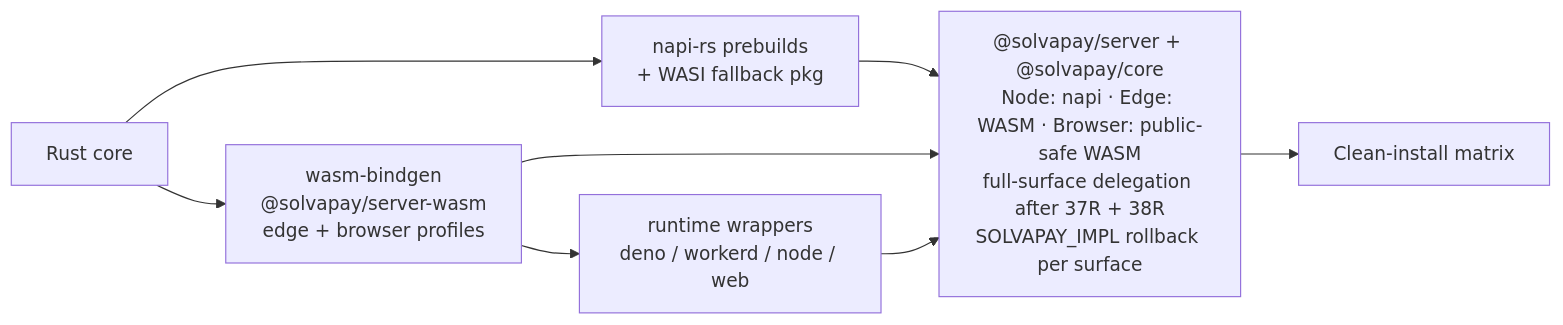
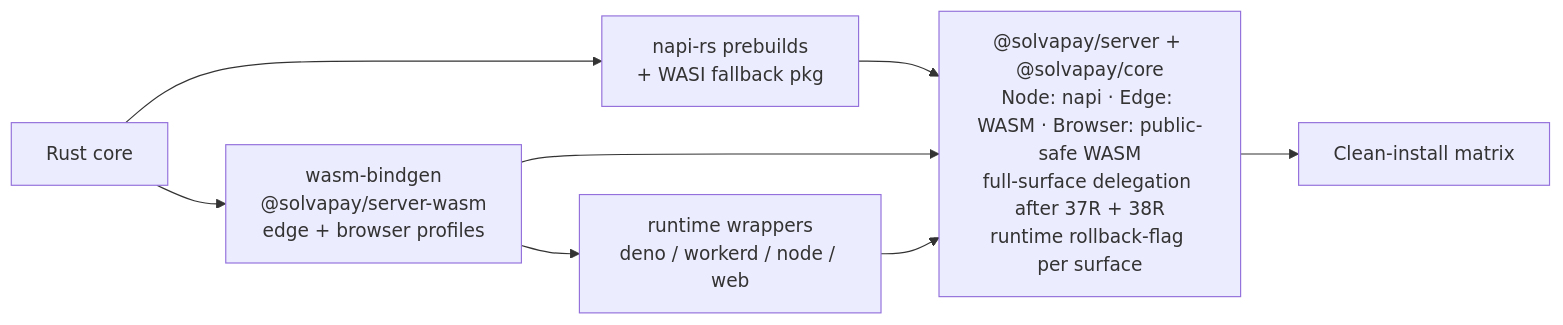
The tenth of 19 diagrams in docs/contributing/rust-core-sdk-redesign-v2.md (solvapay/solvapay-sdk), drawn with Mermaid before and after one commit. The commit also changed other lines of this file and 447 other files, not shown here.

````diff
--- a/docs/contributing/rust-core-sdk-redesign-v2.md
+++ b/docs/contributing/rust-core-sdk-redesign-v2.md
@@ -1253,10 +1255,10 @@
 ```mermaid
 flowchart LR
   CORE6["Rust core"] --> NAPI6["napi-rs prebuilds<br/>+ WASI fallback pkg"]
   CORE6 --> WASM6["wasm-bindgen<br/>@solvapay/server-wasm<br/>edge + browser profiles"]
-  NAPI6 --> EXP["@solvapay/server + @solvapay/core<br/>Node: napi · Edge: WASM · Browser: public-safe WASM<br/>full-surface delegation after 37R + 38R<br/>SOLVAPAY_IMPL rollback per surface"]
+  NAPI6 --> EXP["@solvapay/server + @solvapay/core<br/>Node: napi · Edge: WASM · Browser: public-safe WASM<br/>full-surface delegation after 37R + 38R<br/>runtime rollback-flag per surface"]
   WASM6 --> EXP
   WASM6 --> WRAP["runtime wrappers<br/>deno / workerd / node / web"]
   WRAP --> EXP
   EXP --> SMOKE["Clean-install matrix"]
 ```
````
